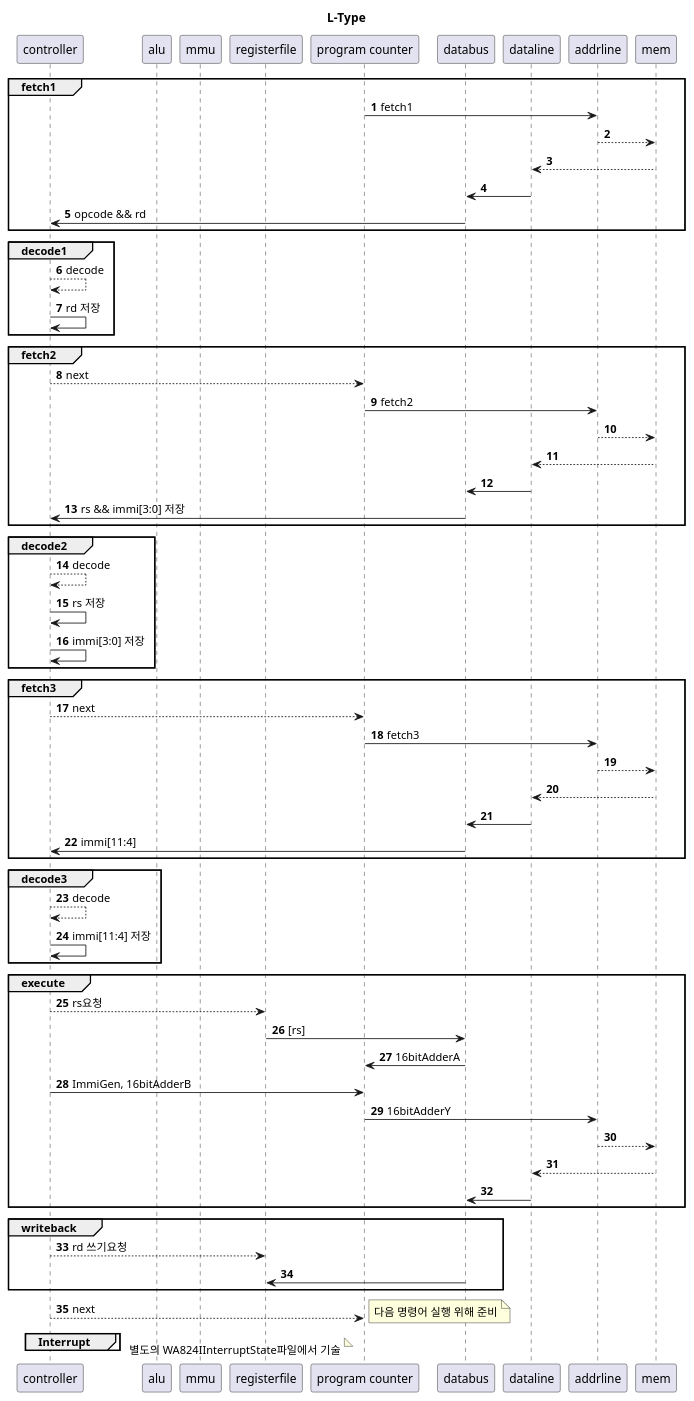
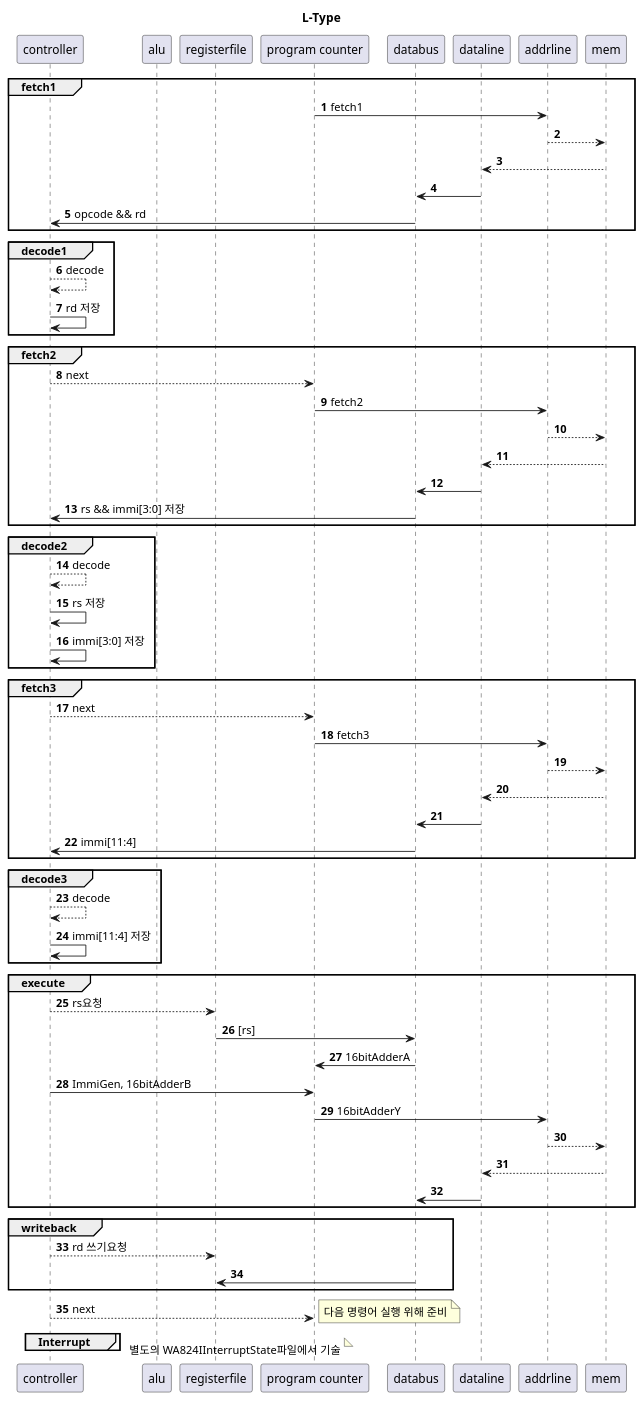
Before and after one commit to BeomjunKim-3p/wach: the diagram in wa824/docs/core/I/WA824ILTypeFlow.puml, drawn with PlantUML. The commit also changed 3 other files, not shown here.

Commit message:
Docs: fix control flow file

```diff
--- a/wa824/docs/core/I/WA824ILTypeFlow.puml
+++ b/wa824/docs/core/I/WA824ILTypeFlow.puml
@@ -1,78 +1,77 @@
 @startuml
 title L-Type
 autonumber
 participant controller         as ct
 participant alu                as al
-participant mmu                as mm
 participant registerfile       as rf
 participant "program counter"  as pc
 participant databus            as db
 participant dataline           as dl
 participant addrline           as ad
 participant mem                as me
 
 group fetch1
   pc -> ad : fetch1
   ad --> me
   me --> dl
   dl -> db
   db -> ct : opcode && rd
 end
 
 group decode1
   ct --> ct : decode
   ct -> ct : rd 저장
 end
 
 group fetch2
   ct --> pc : next
   pc -> ad : fetch2
   ad --> me
   me --> dl
   dl -> db
   db -> ct : rs && immi[3:0] 저장
 end
 
 group decode2
   ct --> ct : decode
   ct -> ct : rs 저장
   ct -> ct : immi[3:0] 저장
 end
 
 group fetch3
   ct --> pc : next
   pc -> ad : fetch3
   ad --> me
   me --> dl
   dl -> db
   db -> ct : immi[11:4]
 end
 
 group decode3
   ct --> ct : decode
   ct -> ct : immi[11:4] 저장
 end
 
 group execute
   ct --> rf : rs요청
   rf -> db : [rs]
   db -> pc : 16bitAdderA
   ct -> pc : ImmiGen, 16bitAdderB
   pc -> ad : 16bitAdderY
   ad --> me
   me --> dl
   dl -> db
 end
 
 group writeback
   ct --> rf : rd 쓰기요청
   db -> rf
 end
 
 ct --> pc : next
 note right: 다음 명령어 실행 위해 준비
 
 group Interrupt
 end
 note right: 별도의 WA824IInterruptState파일에서 기술
 @enduml
```
